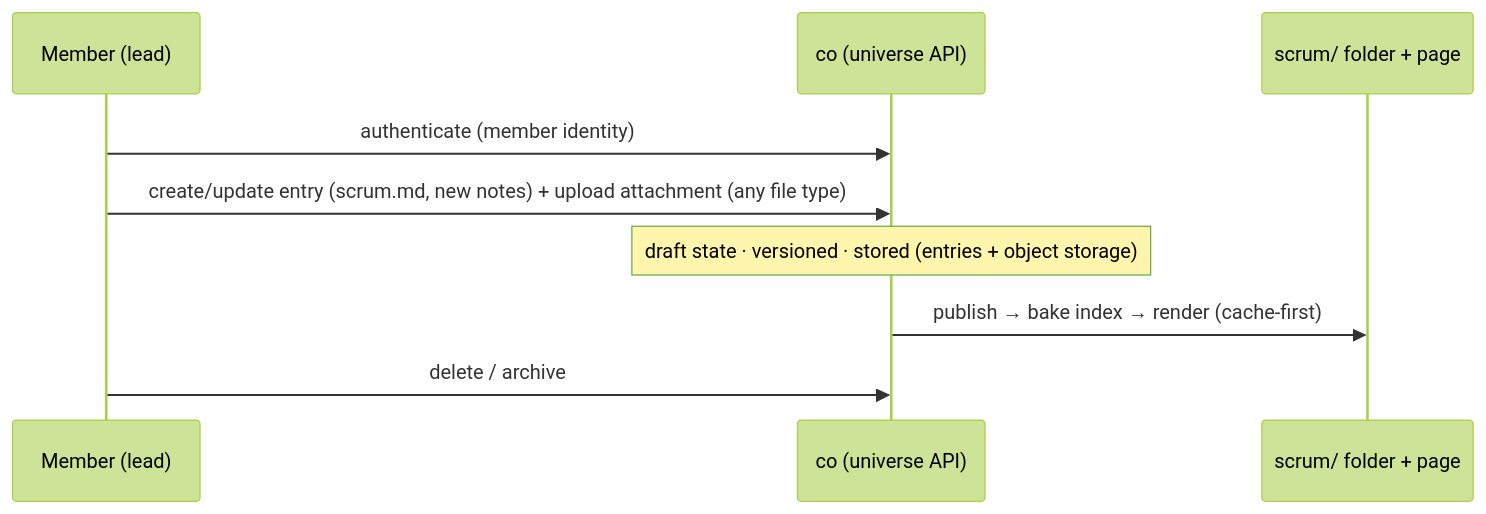
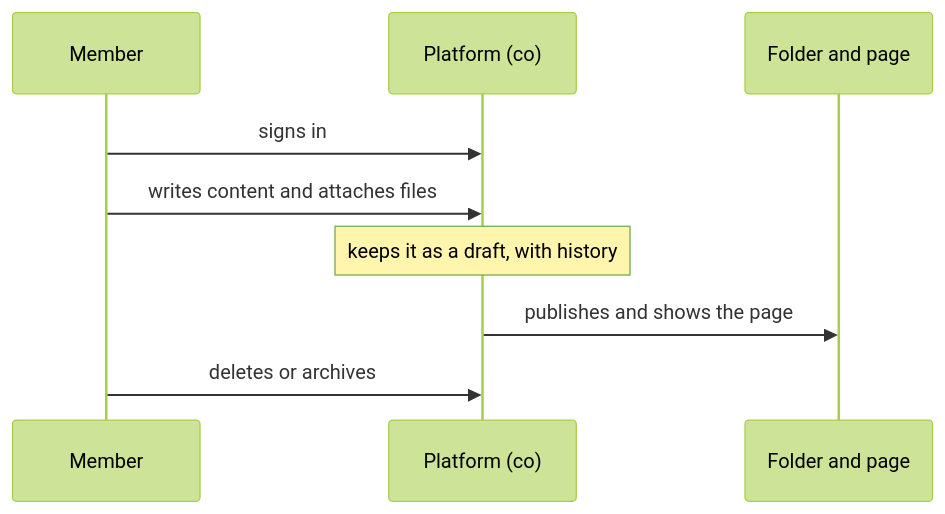
One commit to artelonga/ArteLonga changed the second of 4 diagrams in docs/scrum-universe.en.md. Above: the diagram before and after it, drawn with Mermaid (forest theme). The commit also changed other lines of this file and 43 other files, not shown here.

First line of the commit message:
feat(docs): diagramas simples e legíveis (sem jargão) em todas as docs (#89)

````diff
--- a/docs/scrum-universe.en.md
+++ b/docs/scrum-universe.en.md
@@ -56,11 +56,11 @@
 ```mermaid
 sequenceDiagram
-  participant M as Member (lead)
-  participant CO as co (universe API)
-  participant S as scrum/ folder + page
-  M->>CO: authenticate (member identity)
-  M->>CO: create/update entry (scrum.md, new notes) + upload attachment (any file type)
-  Note over CO: draft state · versioned · stored (entries + object storage)
-  CO->>S: publish → bake index → render (cache-first)
-  M->>CO: delete / archive
+  participant M as Member
+  participant CO as Platform (co)
+  participant S as Folder and page
+  M->>CO: signs in
+  M->>CO: writes content and attaches files
+  Note over CO: keeps it as a draft, with history
+  CO->>S: publishes and shows the page
+  M->>CO: deletes or archives
 ```
````
